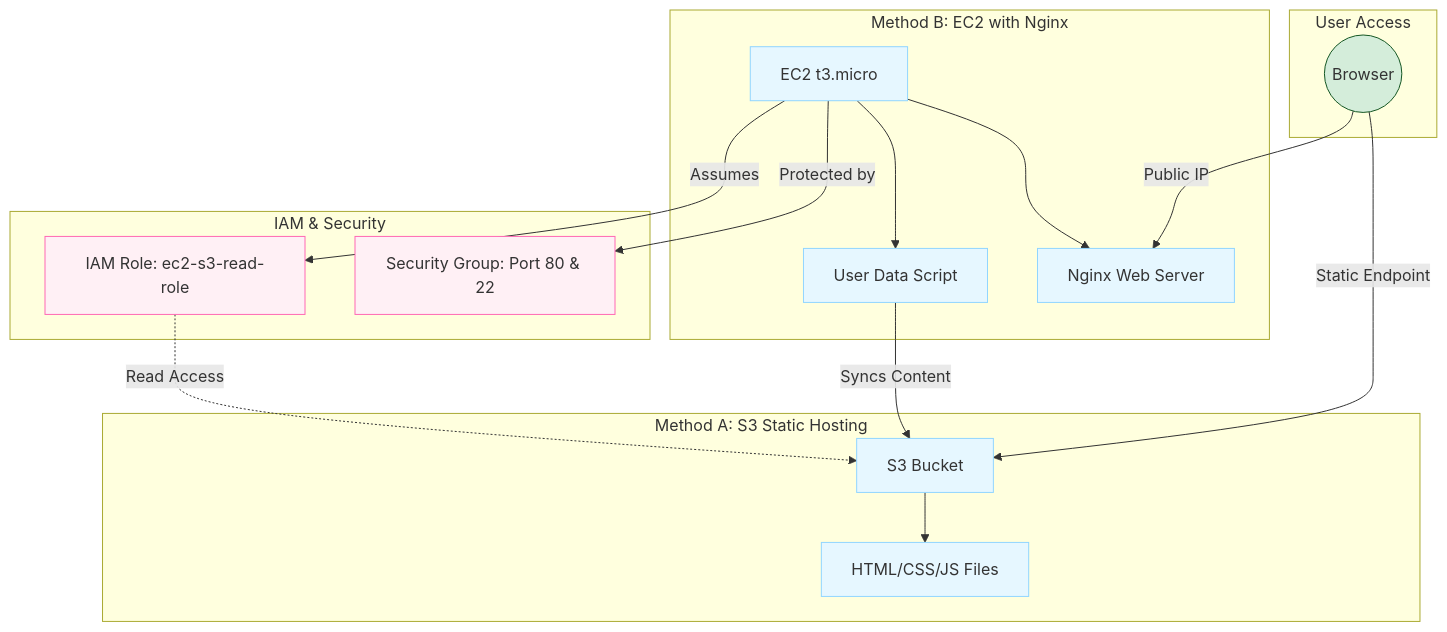
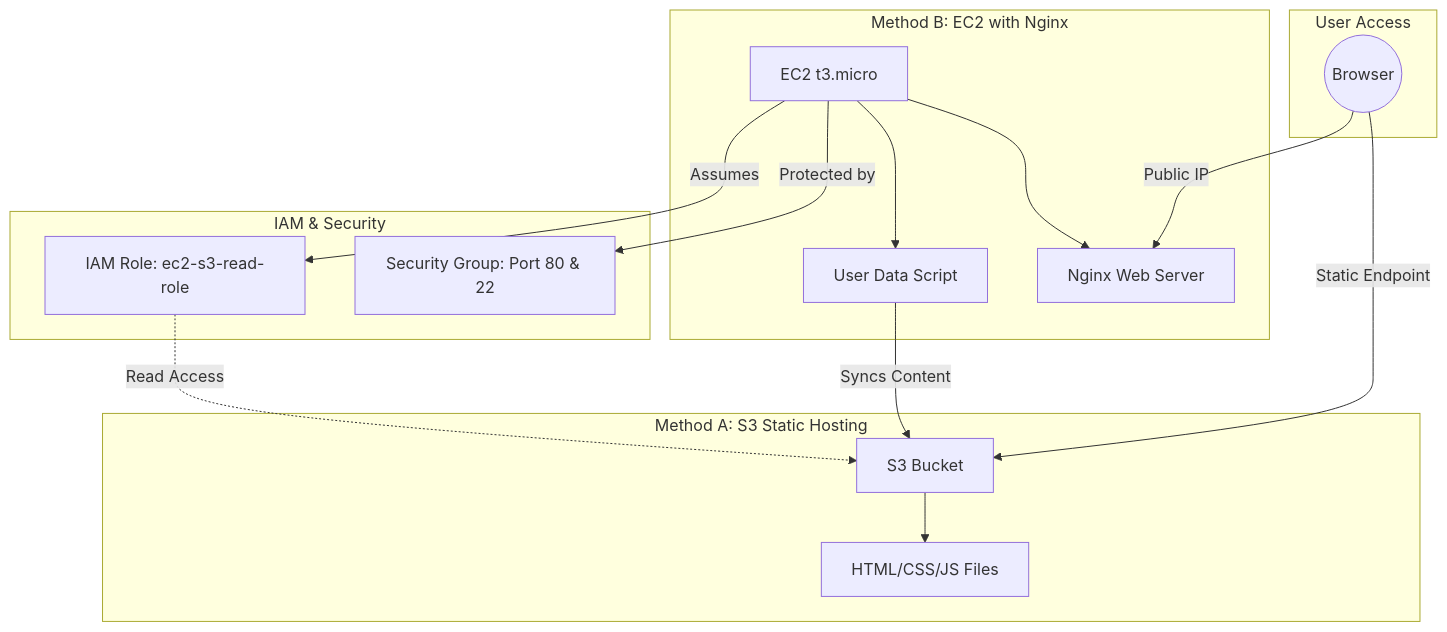
One commit to sujith-eag/sujith-library changed the diagram in docs/dev-cloud/cclab/lab_9.md. Above: the diagram before and after it, drawn with Mermaid. The commit also changed 41 other files, not shown here.

First line of the commit message:
Refactor diagrams and remove redundant styles in documentation

````diff
--- a/docs/dev-cloud/cclab/lab_9.md
+++ b/docs/dev-cloud/cclab/lab_9.md
@@ -7,41 +7,33 @@
 ```mermaid
 flowchart TD
     subgraph User [User Access]
         Browser((Browser))
     end
 
     subgraph S3_Hosting [Method A: S3 Static Hosting]
         Bucket[S3 Bucket]
         Files[HTML/CSS/JS Files]
         Bucket --> Files
     end
 
     subgraph EC2_Hosting [Method B: EC2 with Nginx]
         Instance[EC2 t3.micro]
         Nginx[Nginx Web Server]
         Script[User Data Script]
         Instance --> Nginx
         Instance --> Script
     end
 
     subgraph Security [IAM & Security]
         Role[IAM Role: ec2-s3-read-role]
         SG[Security Group: Port 80 & 22]
     end
 
     Browser -->|Static Endpoint| Bucket
     Browser -->|Public IP| Nginx
     
     Instance -->|Protected by| SG
     Instance -->|Assumes| Role
     Role -.->|Read Access| Bucket
     Script -->|Syncs Content| Bucket
-
-    classDef process fill:#e6f7ff,stroke:#91d5ff
-    classDef highlight fill:#fff0f5,stroke:#ff69b4
-    classDef success fill:#d4edda,stroke:#155724
-
-    class Bucket,Files,Instance,Nginx,Script process
-    class Role,SG highlight
-    class Browser success
 ```
````
